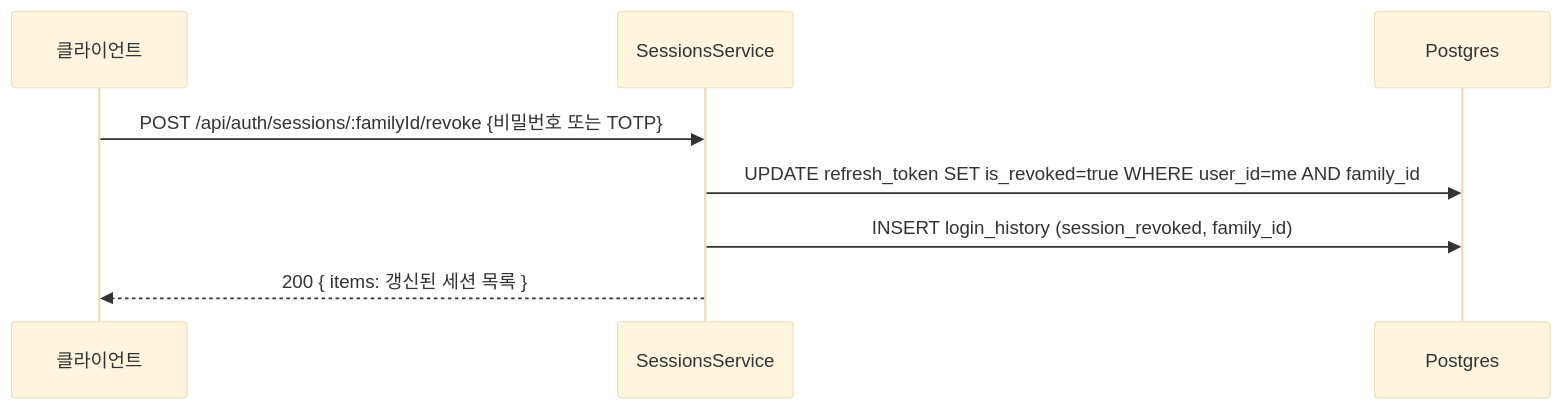
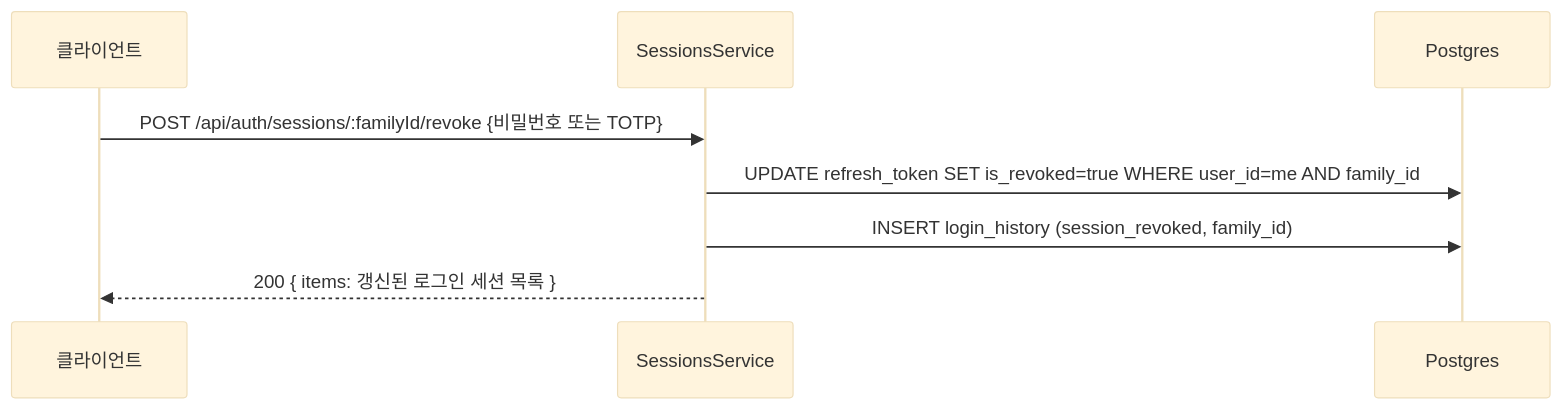
Before and after one commit to worker-ants/clemvion: the fifth of 6 diagrams in spec/CLE-ACCT/CLE-ACCT-DATA-AUTH.md, drawn with Mermaid (base theme). The commit also changed other lines of this file and 15 other files, not shown here.

````diff
--- a/spec/CLE-ACCT/CLE-ACCT-DATA-AUTH.md
+++ b/spec/CLE-ACCT/CLE-ACCT-DATA-AUTH.md
@@ -186,10 +189,10 @@
 ```mermaid
 sequenceDiagram
   participant C as 클라이언트
   participant Svc as SessionsService
   participant PG as Postgres
   C->>Svc: POST /api/auth/sessions/:familyId/revoke {비밀번호 또는 TOTP}
   Svc->>PG: UPDATE refresh_token SET is_revoked=true WHERE user_id=me AND family_id
   Svc->>PG: INSERT login_history (session_revoked, family_id)
-  Svc-->>C: 200 { items: 갱신된 세션 목록 }
+  Svc-->>C: 200 { items: 갱신된 로그인 세션 목록 }
 ```
````
